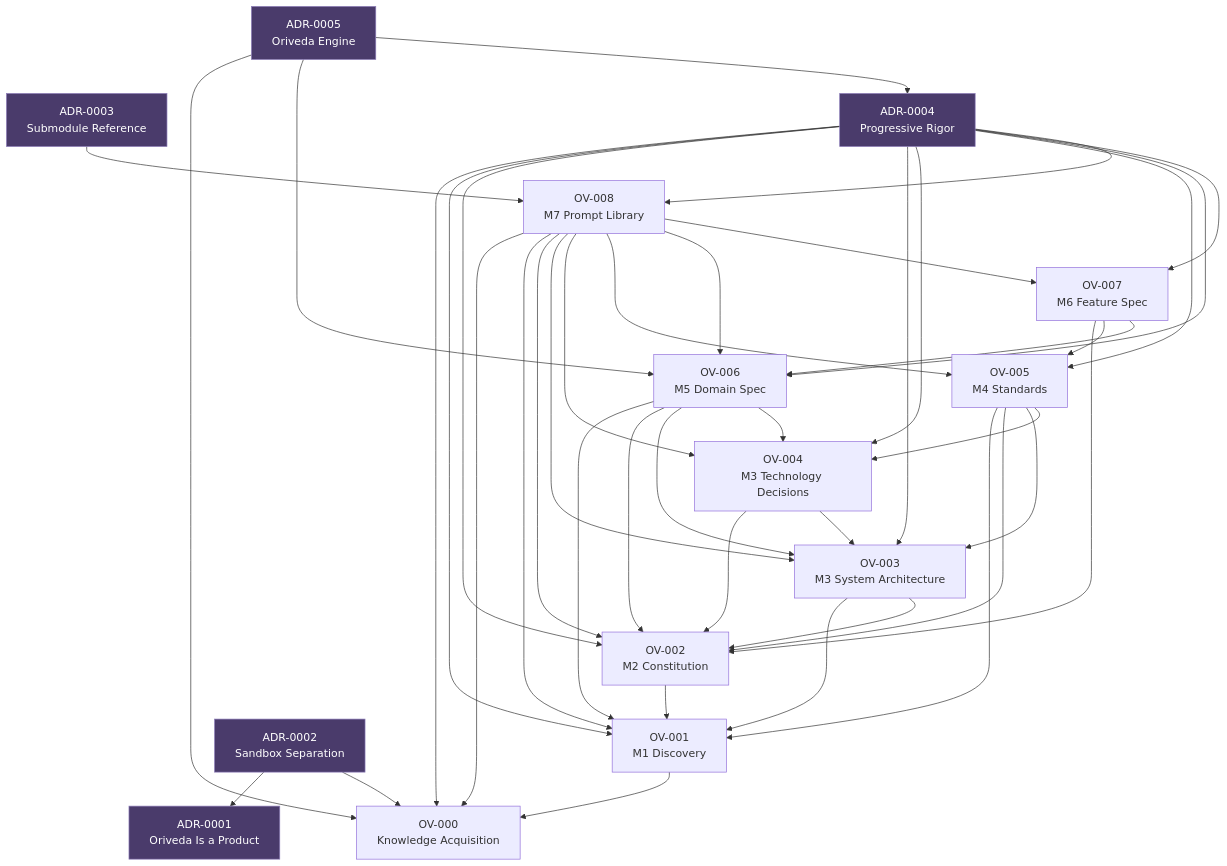
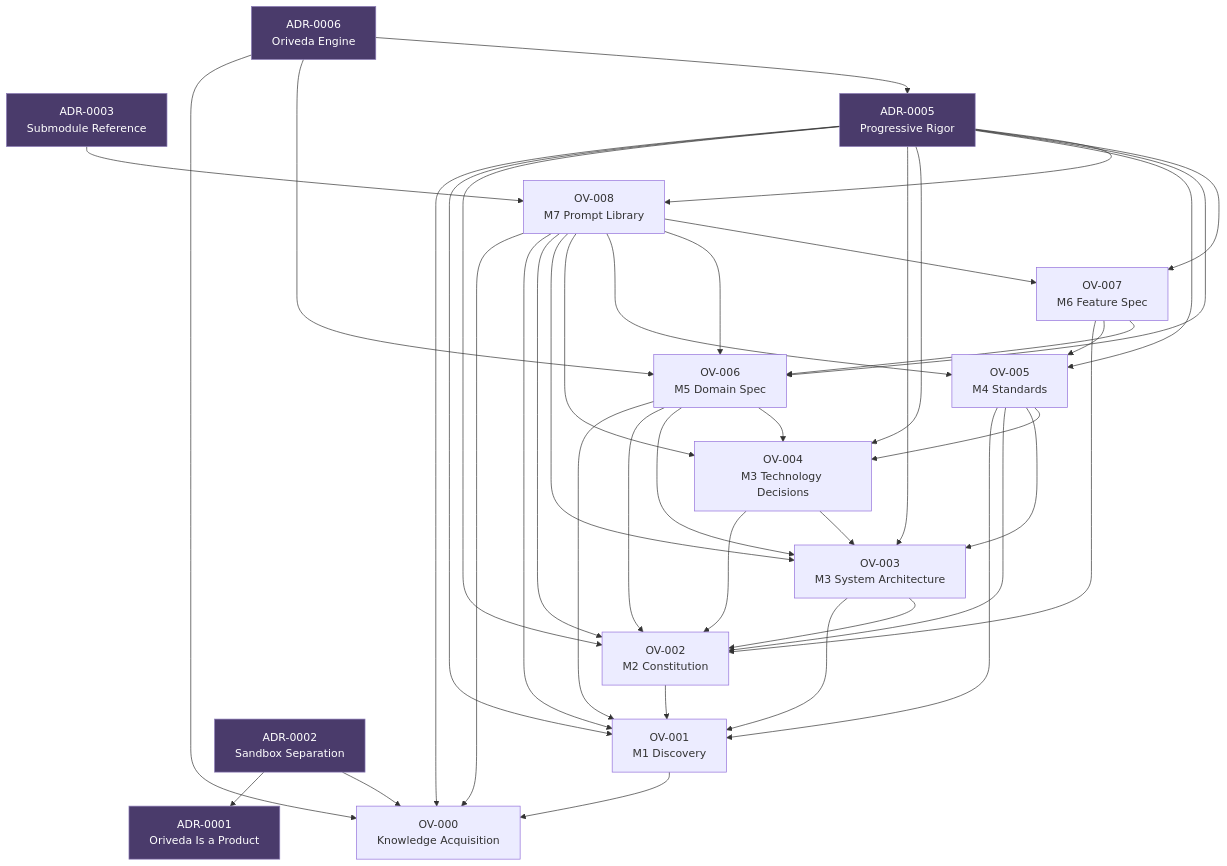
The diagram in .oriveda/knowledge_graph.md (VedantJoshi23/Oriveda), drawn with Mermaid before and after one commit. The commit also changed other lines of this file and 32 other files, not shown here.

````diff
--- a/.oriveda/knowledge_graph.md
+++ b/.oriveda/knowledge_graph.md
@@ -17,63 +17,63 @@
 ```mermaid
 graph TD
     OV000["OV-000<br/>Knowledge Acquisition"]
     OV001["OV-001<br/>M1 Discovery"]
     OV002["OV-002<br/>M2 Constitution"]
     OV003["OV-003<br/>M3 System Architecture"]
     OV004["OV-004<br/>M3 Technology Decisions"]
     OV005["OV-005<br/>M4 Standards"]
     OV006["OV-006<br/>M5 Domain Spec"]
     OV007["OV-007<br/>M6 Feature Spec"]
     OV008["OV-008<br/>M7 Prompt Library"]
 
     ADR0001["ADR-0001<br/>Oriveda Is a Product"]
     ADR0002["ADR-0002<br/>Sandbox Separation"]
     ADR0003["ADR-0003<br/>Submodule Reference"]
-    ADR0004["ADR-0004<br/>Progressive Rigor"]
-    ADR0005["ADR-0005<br/>Oriveda Engine"]
+    ADR0005["ADR-0005<br/>Progressive Rigor"]
+    ADR0006["ADR-0006<br/>Oriveda Engine"]
 
     OV001 --> OV000
     OV002 --> OV001
     OV003 --> OV001
     OV003 --> OV002
     OV004 --> OV002
     OV004 --> OV003
     OV005 --> OV001
     OV005 --> OV002
     OV005 --> OV003
     OV005 --> OV004
     OV006 --> OV001
     OV006 --> OV002
     OV006 --> OV003
     OV006 --> OV004
     OV007 --> OV002
     OV007 --> OV005
     OV007 --> OV006
     OV008 --> OV000
     OV008 --> OV001
     OV008 --> OV002
     OV008 --> OV003
     OV008 --> OV004
     OV008 --> OV005
     OV008 --> OV006
     OV008 --> OV007
 
     ADR0002 --> ADR0001
     ADR0002 --> OV000
     ADR0003 --> OV008
-    ADR0004 --> OV000
-    ADR0004 --> OV001
-    ADR0004 --> OV002
-    ADR0004 --> OV003
-    ADR0004 --> OV004
-    ADR0004 --> OV005
-    ADR0004 --> OV006
-    ADR0004 --> OV007
-    ADR0004 --> OV008
     ADR0005 --> OV000
+    ADR0005 --> OV001
+    ADR0005 --> OV002
+    ADR0005 --> OV003
+    ADR0005 --> OV004
+    ADR0005 --> OV005
     ADR0005 --> OV006
-    ADR0005 --> ADR0004
+    ADR0005 --> OV007
+    ADR0005 --> OV008
+    ADR0006 --> OV000
+    ADR0006 --> OV006
+    ADR0006 --> ADR0005
 
     classDef adr fill:#4a3b6b,stroke:#8b7bb8,color:#fff
-    class ADR0001,ADR0002,ADR0003,ADR0004,ADR0005 adr
+    class ADR0001,ADR0002,ADR0003,ADR0005,ADR0006 adr
 ```
````
